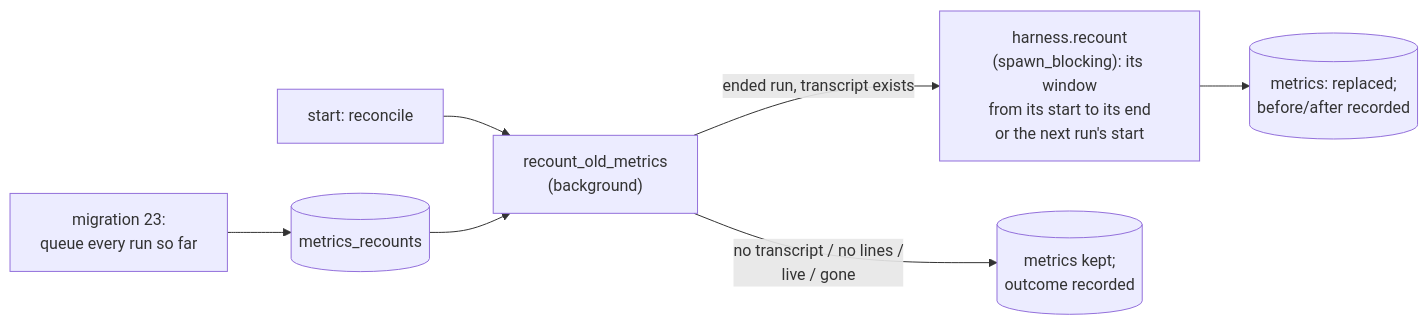
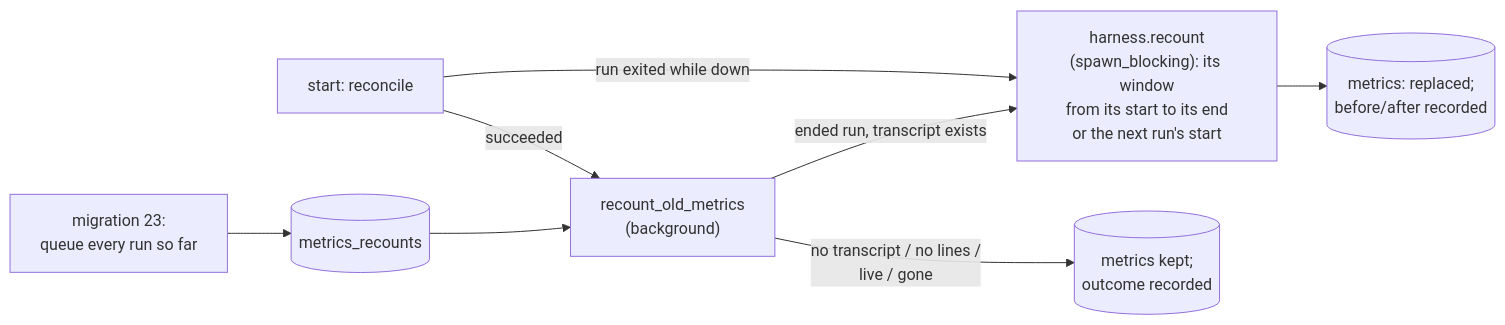
One commit to Quartio-Studio/yulius changed diagram 24 of 29 in docs/architecture.md. Above: the diagram before and after it, drawn with Mermaid. The commit also changed other lines of this file and 5 other files, not shown here.

Commit message:
docs: ADR-0117, SPEC-002 lists metrics_recounts, architecture and changes (#385, #389)

````diff
--- a/docs/architecture.md
+++ b/docs/architecture.md
@@ -763,17 +767,18 @@
 ```mermaid
 flowchart LR
     mig["migration 23:
 queue every run so far"] --> queue[("metrics_recounts")]
-    start["start: reconcile"] --> job["recount_old_metrics
+    start["start: reconcile"] -->|"succeeded"| job["recount_old_metrics
 (background)"]
+    start -->|"run exited while down"| count
     queue --> job
     job -->|"ended run, transcript exists"| count["harness.recount
 (spawn_blocking): its window
 from its start to its end
 or the next run's start"]
     count --> put[("metrics: replaced;
 before/after recorded")]
     job -->|"no transcript / no lines /
 live / gone"| keep[("metrics kept;
 outcome recorded")]
 ```
````
